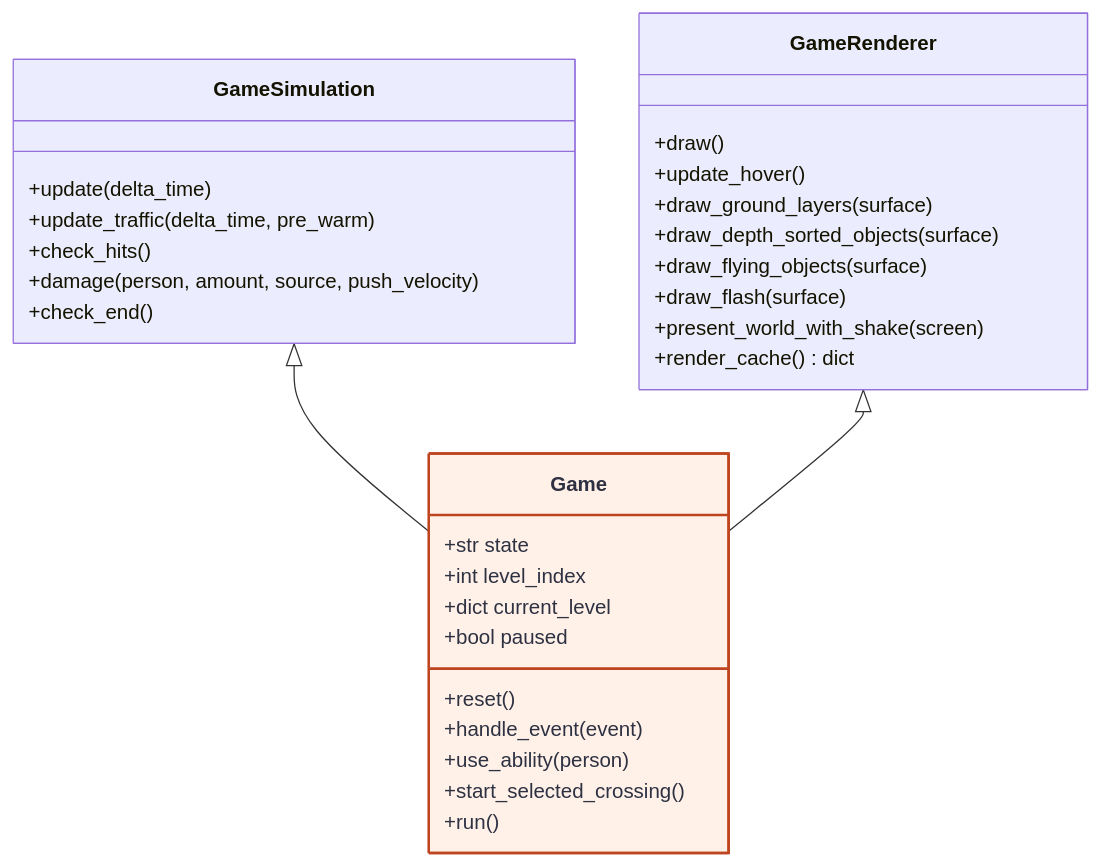
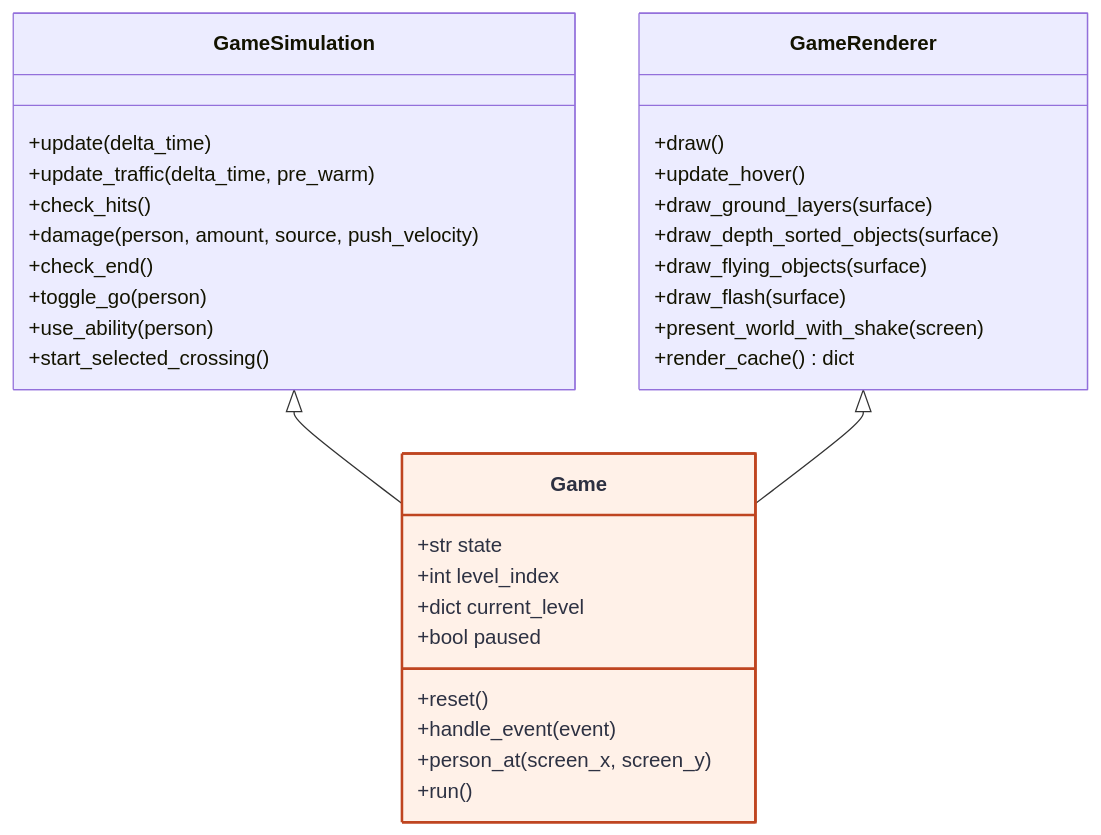
Before and after one commit to namo5758/pygame-cross-the-road: the first of 3 diagrams in docs/class_diagram.md, drawn with Mermaid. The commit also changed other lines of this file, not shown here.

Commit message:
class diagram: commands moved to GameSimulation, text record classes, puddles/hit_cars

````diff
--- a/docs/class_diagram.md
+++ b/docs/class_diagram.md
@@ -9,40 +9,42 @@
 ```mermaid
 classDiagram
     direction TB
 
     class GameSimulation {
         +update(delta_time)
         +update_traffic(delta_time, pre_warm)
         +check_hits()
         +damage(person, amount, source, push_velocity)
         +check_end()
+        +toggle_go(person)
+        +use_ability(person)
+        +start_selected_crossing()
     }
 
     class GameRenderer {
         +draw()
         +update_hover()
         +draw_ground_layers(surface)
         +draw_depth_sorted_objects(surface)
         +draw_flying_objects(surface)
         +draw_flash(surface)
         +present_world_with_shake(screen)
         +render_cache() dict
     }
 
     class Game {
         +str state
         +int level_index
         +dict current_level
         +bool paused
         +reset()
         +handle_event(event)
-        +use_ability(person)
-        +start_selected_crossing()
+        +person_at(screen_x, screen_y)
         +run()
     }
 
     GameSimulation <|-- Game
     GameRenderer <|-- Game
 
     style Game fill:#fff1e8,stroke:#bf4520,color:#2d3142,stroke-width:2px
 ```
````
